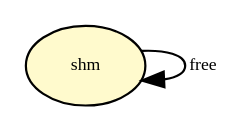
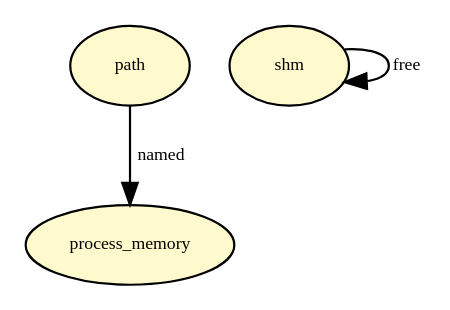
One commit to CamFlow/camflow-dev changed the diagram in docs/dot/shm_free_security.dot. Above: the diagram before and after it, drawn with Graphviz. The commit also changed 52 other files, not shown here.

```diff
--- a/docs/dot/shm_free_security.dot
+++ b/docs/dot/shm_free_security.dot
@@ -1,5 +1,11 @@
-digraph RGL__DirectedAdjacencyGraph {shm[fontsize = 8,label = shm,shape = ellipse, fillcolor="#fffacd", style = filled]
+digraph RGL__DirectedAdjacencyGraph {path[fontsize = 8,label = path,shape = ellipse, fillcolor="#fffacd", style = filled]
+
+process_memory[fontsize = 8,label = process_memory,shape = ellipse, fillcolor="#fffacd", style = filled]
+
+path -> process_memory[fontsize = 8,label = named]
+
+shm[fontsize = 8,label = shm,shape = ellipse, fillcolor="#fffacd", style = filled]
 
 shm -> shm[fontsize = 8,label = free]
 
 }
```
